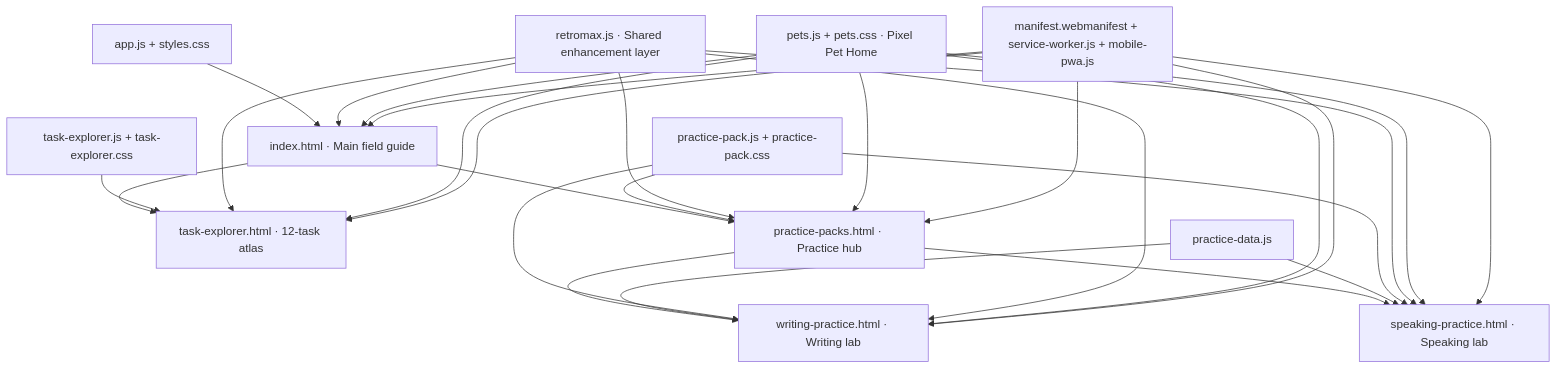
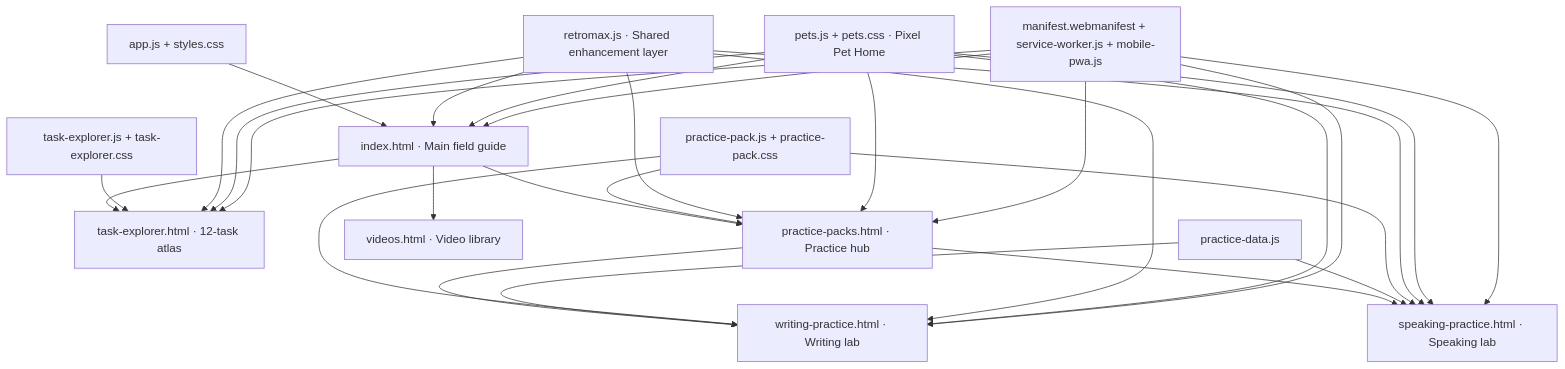
Before and after one commit to Kami80/TOEFL-2026: the diagram in README.md, drawn with Mermaid. The commit also changed other lines of this file and 5 other files, not shown here.

Commit message:
Add TOEFL video library

````diff
--- a/README.md
+++ b/README.md
@@ -170,30 +172,31 @@
 ```mermaid
 flowchart TD
     I["index.html · Main field guide"] --> T["task-explorer.html · 12-task atlas"]
     I --> P["practice-packs.html · Practice hub"]
     P --> W["writing-practice.html · Writing lab"]
     P --> S["speaking-practice.html · Speaking lab"]
+    I --> V["videos.html · Video library"]
 
     A["app.js + styles.css"] --> I
     X["task-explorer.js + task-explorer.css"] --> T
     D["practice-data.js"] --> W
     D --> S
     C["practice-pack.js + practice-pack.css"] --> P
     C --> W
     C --> S
     R["retromax.js · Shared enhancement layer"] --> I
     R --> T
     R --> P
     R --> W
     R --> S
     G["pets.js + pets.css · Pixel Pet Home"] --> I
     G --> T
     G --> P
     G --> W
     G --> S
     M["manifest.webmanifest + service-worker.js + mobile-pwa.js"] --> I
     M --> T
     M --> P
     M --> W
     M --> S
 ```
````
